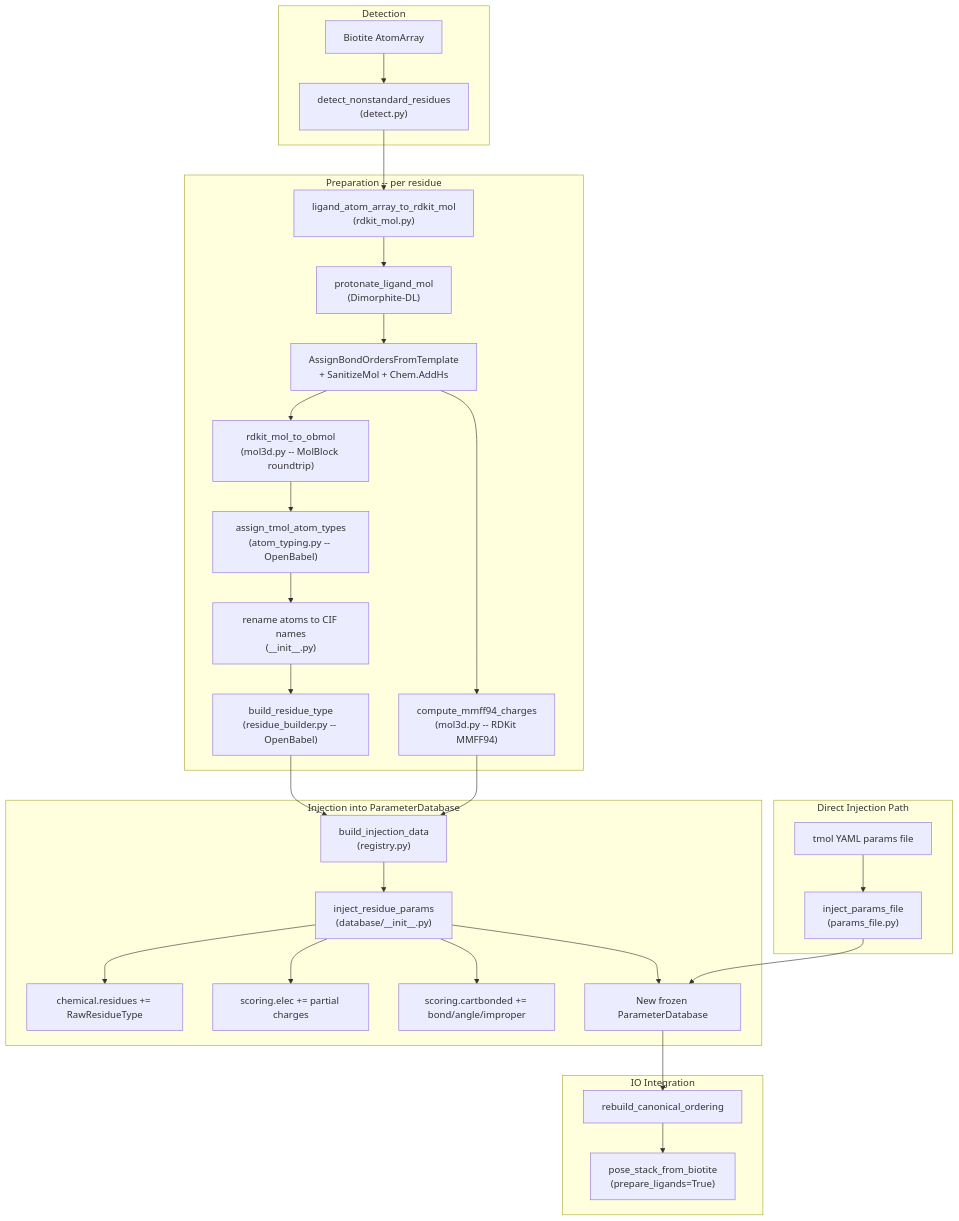
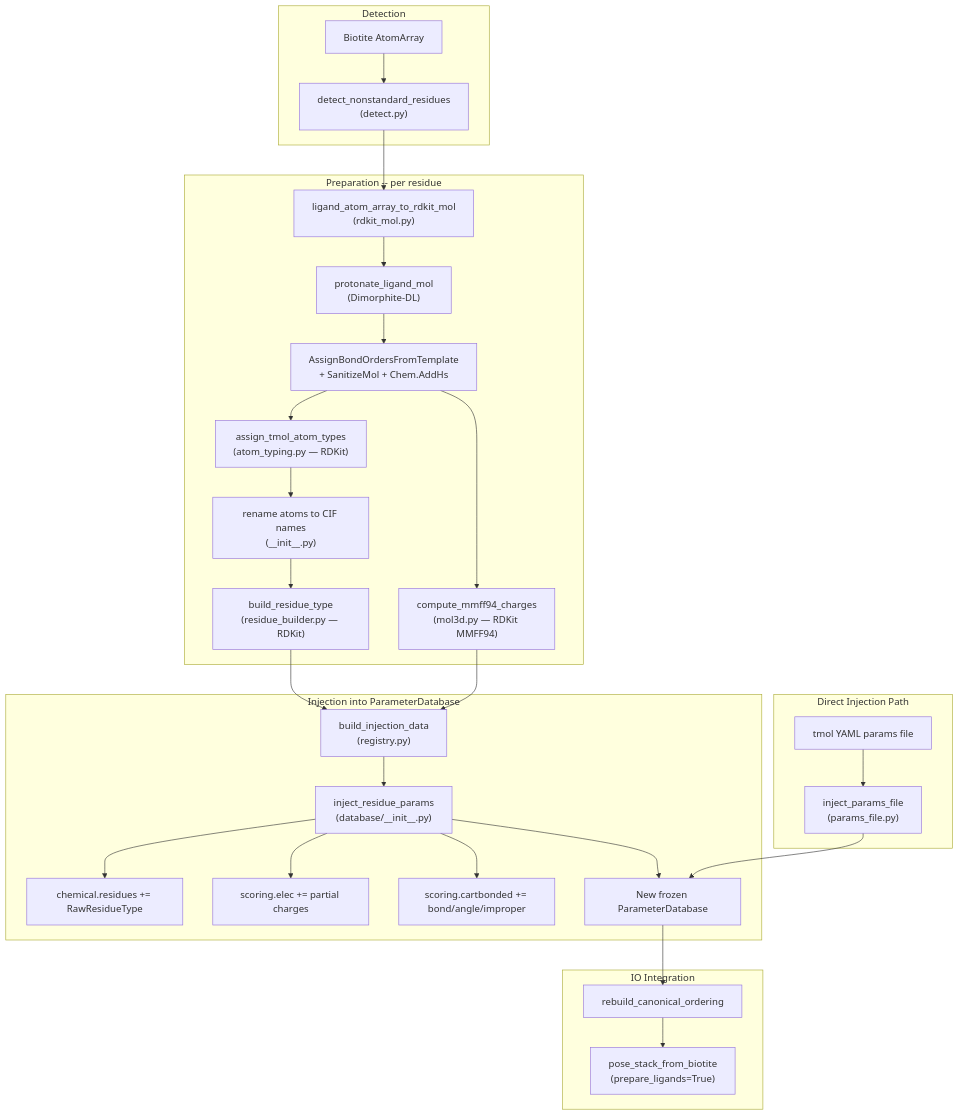
One commit to uw-ipd/tmol changed the diagram in tmol/ligand/README.md. Above: the diagram before and after it, drawn with Mermaid. The commit also changed other lines of this file and 11 other files, not shown here.

````diff
--- a/tmol/ligand/README.md
+++ b/tmol/ligand/README.md
@@ -9,40 +9,38 @@
 ```mermaid
 flowchart TD
     subgraph detection [Detection]
         A["Biotite AtomArray"] --> B["detect_nonstandard_residues\n(detect.py)"]
     end
 
     subgraph preparation [Preparation -- per residue]
         B --> C["ligand_atom_array_to_rdkit_mol\n(rdkit_mol.py)"]
         C --> D["protonate_ligand_mol\n(Dimorphite-DL)"]
         D --> E["AssignBondOrdersFromTemplate\n+ SanitizeMol + Chem.AddHs"]
 
-        E --> F["compute_mmff94_charges\n(mol3d.py -- RDKit MMFF94)"]
-        E --> G["rdkit_mol_to_obmol\n(mol3d.py -- MolBlock roundtrip)"]
-
-        G --> H["assign_tmol_atom_types\n(atom_typing.py -- OpenBabel)"]
+        E --> F["compute_mmff94_charges\n(mol3d.py — RDKit MMFF94)"]
+        E --> H["assign_tmol_atom_types\n(atom_typing.py — RDKit)"]
         H --> I["rename atoms to CIF names\n(__init__.py)"]
-        I --> J["build_residue_type\n(residue_builder.py -- OpenBabel)"]
+        I --> J["build_residue_type\n(residue_builder.py — RDKit)"]
     end
 
     subgraph injection [Injection into ParameterDatabase]
         J --> K["build_injection_data\n(registry.py)"]
         F --> K
 
         K --> L["inject_residue_params\n(database/__init__.py)"]
         L --> L1["chemical.residues += RawResidueType"]
         L --> L2["scoring.elec += partial charges"]
         L --> L3["scoring.cartbonded += bond/angle/improper"]
         L --> M["New frozen ParameterDatabase"]
     end
 
     subgraph io [IO Integration]
         M --> N["rebuild_canonical_ordering"]
         N --> O["pose_stack_from_biotite\n(prepare_ligands=True)"]
     end
 
     subgraph direct [Direct Injection Path]
         P["tmol YAML params file"] --> Q["inject_params_file\n(params_file.py)"]
         Q --> M
     end
 ```
````
